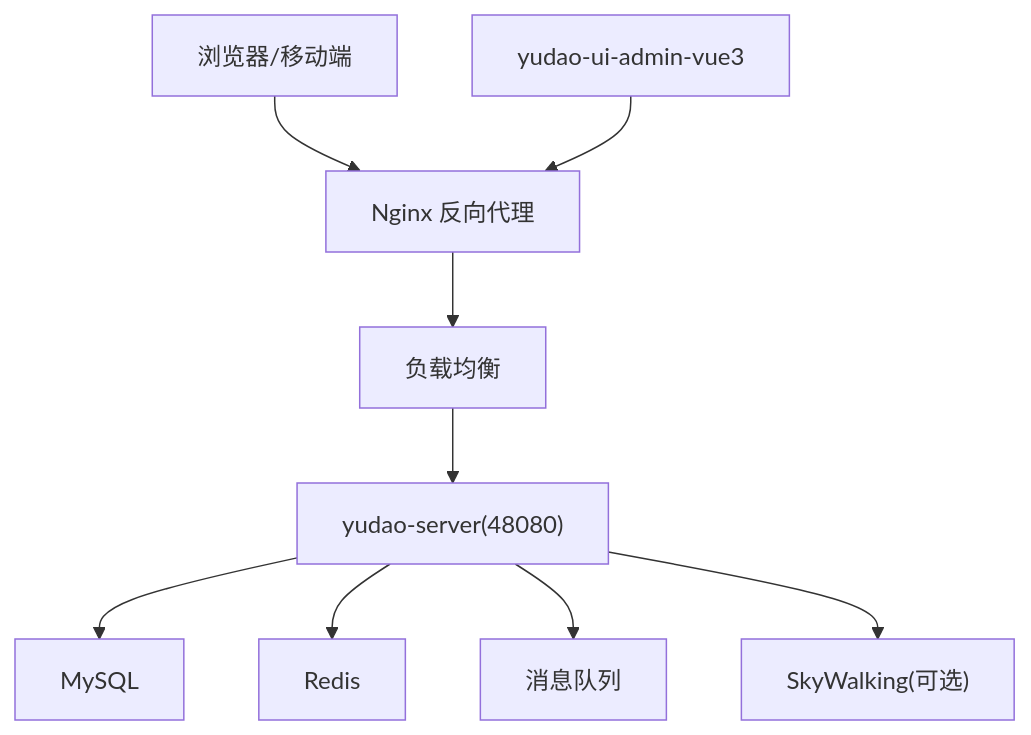
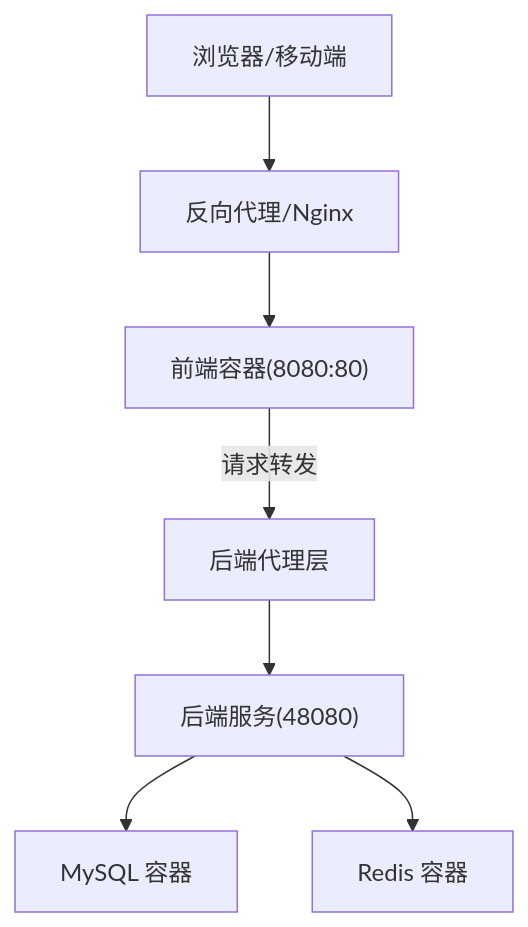
Before and after one commit to xiaoche80s-tech/rouyi-vue-pro: the second of 7 diagrams in .qoder/repowiki/zh/content/部署运维/部署运维.md, drawn with Mermaid. The commit also changed other lines of this file and 840 other files, not shown here.

````diff
--- a/.qoder/repowiki/zh/content/部署运维/部署运维.md
+++ b/.qoder/repowiki/zh/content/部署运维/部署运维.md
@@ -104,11 +87,9 @@
 ```mermaid
 graph TB
-Client["浏览器/移动端"] --> Nginx["Nginx 反向代理"]
-Nginx --> LB["负载均衡"]
-LB --> Server["yudao-server(48080)"]
-Server --> DB["MySQL"]
-Server --> Cache["Redis"]
-Server --> MQ["消息队列"]
-Server --> SW["SkyWalking(可选)"]
-AdminUI["yudao-ui-admin-vue3"] --> Nginx
+CLIENT["浏览器/移动端"] --> NGINX["反向代理/Nginx"]
+NGINX --> ADMIN["前端容器(8080:80)"]
+ADMIN --> |"请求转发"| PROXY["后端代理层"]
+PROXY --> SERVER["后端服务(48080)"]
+SERVER --> DB["MySQL 容器"]
+SERVER --> CACHE["Redis 容器"]
 ```
````
